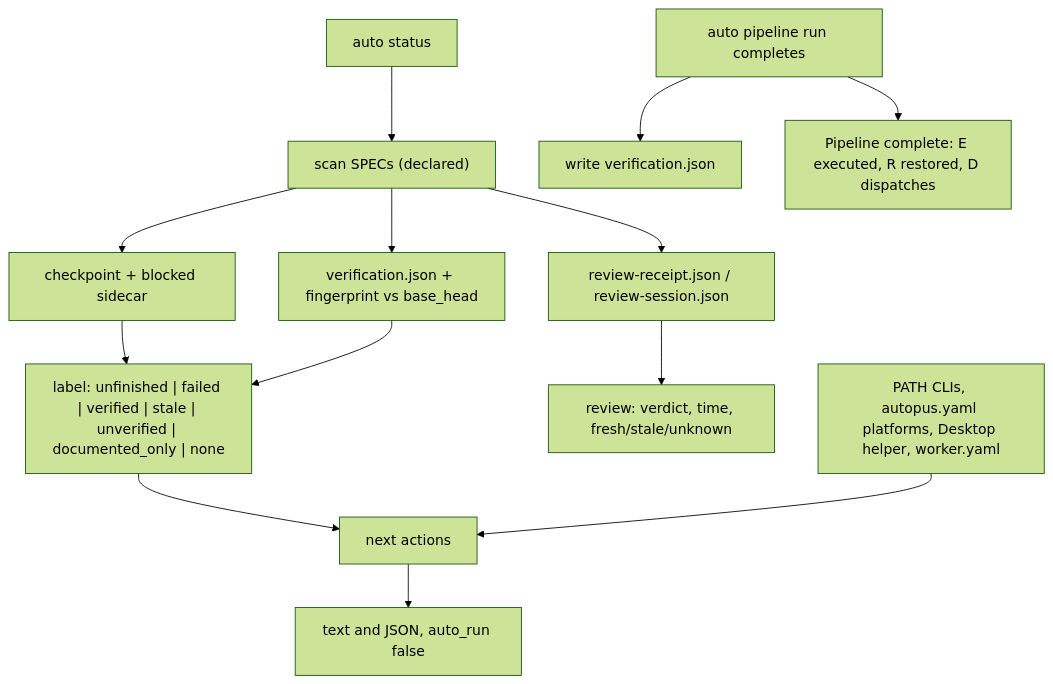
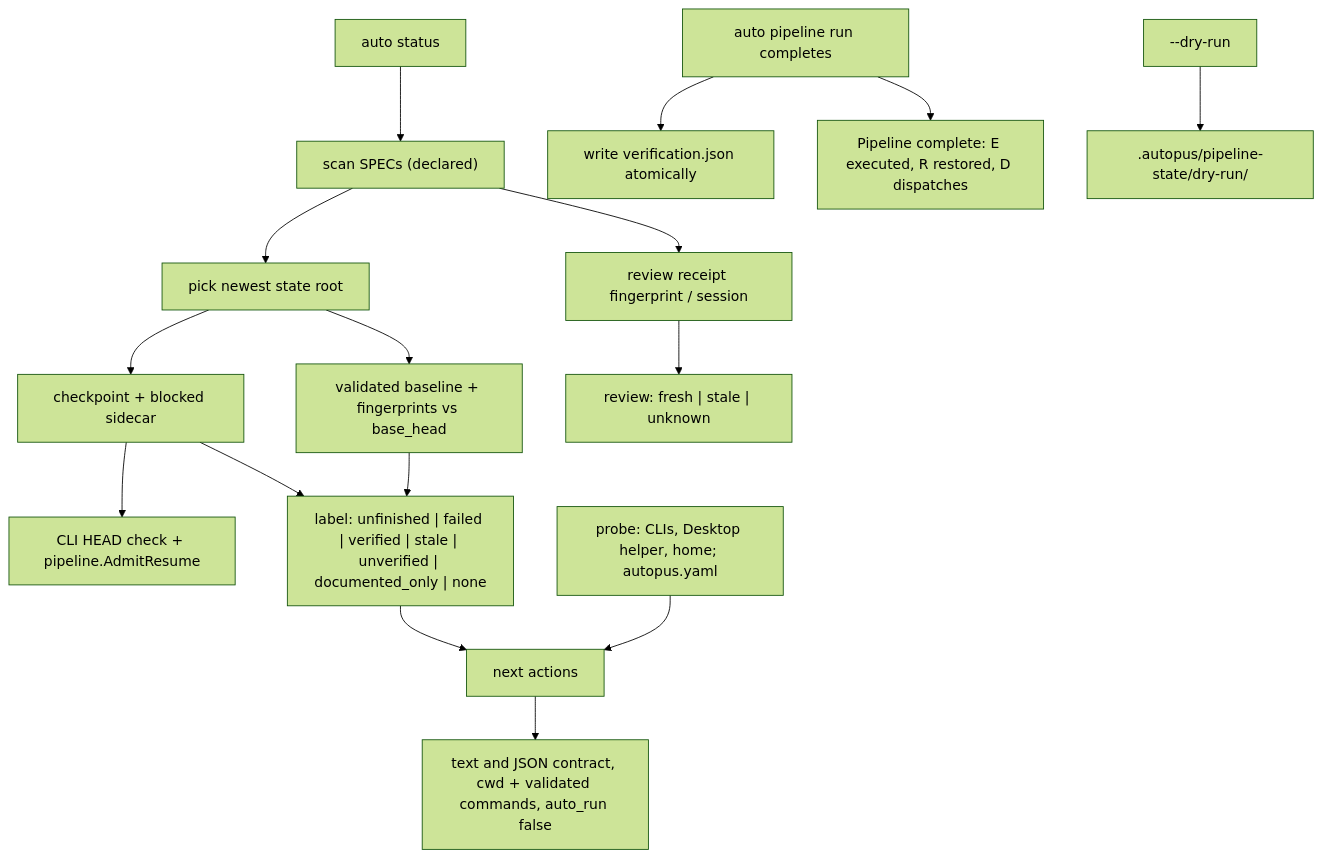
One commit to autopus-ai/autopus-adk changed the diagram in .autopus/specs/SPEC-STATUSEVIDENCE-001/plan.md. Above: the diagram before and after it, drawn with Mermaid (forest theme). The commit also changed other lines of this file and 3 other files, not shown here.

````diff
--- a/.autopus/specs/SPEC-STATUSEVIDENCE-001/plan.md
+++ b/.autopus/specs/SPEC-STATUSEVIDENCE-001/plan.md
@@ -21,15 +21,18 @@
 ```mermaid
 flowchart TD
     A["auto status"] --> B["scan SPECs (declared)"]
-    B --> C["checkpoint + blocked sidecar"]
-    B --> D["verification.json + fingerprint vs base_head"]
-    B --> E["review-receipt.json / review-session.json"]
+    B --> R["pick newest state root"]
+    R --> C["checkpoint + blocked sidecar"]
+    C --> AD["CLI HEAD check + pipeline.AdmitResume"]
+    R --> D["validated baseline + fingerprints vs base_head"]
+    B --> E["review receipt fingerprint / session"]
     C --> F["label: unfinished | failed | verified | stale | unverified | documented_only | none"]
     D --> F
-    E --> G["review: verdict, time, fresh/stale/unknown"]
+    E --> G["review: fresh | stale | unknown"]
     F --> H["next actions"]
-    I["PATH CLIs, autopus.yaml platforms, Desktop helper, worker.yaml"] --> H
-    H --> J["text and JSON, auto_run false"]
-    K["auto pipeline run completes"] --> L["write verification.json"]
+    I["probe: CLIs, Desktop helper, home; autopus.yaml"] --> H
+    H --> J["text and JSON contract, cwd + validated commands, auto_run false"]
+    K["auto pipeline run completes"] --> L["write verification.json atomically"]
     K --> M["Pipeline complete: E executed, R restored, D dispatches"]
+    N["--dry-run"] --> O[".autopus/pipeline-state/dry-run/"]
 ```
````
